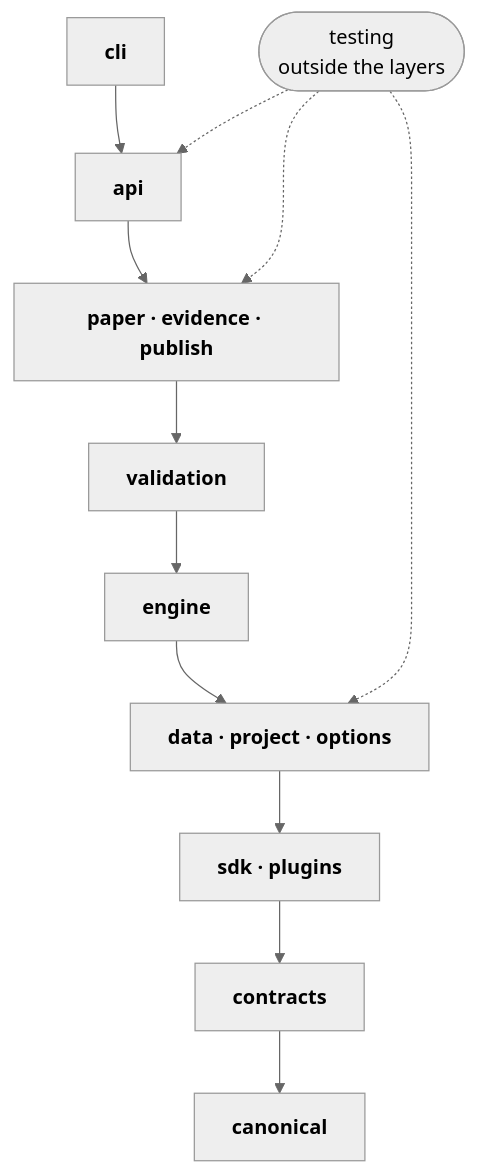
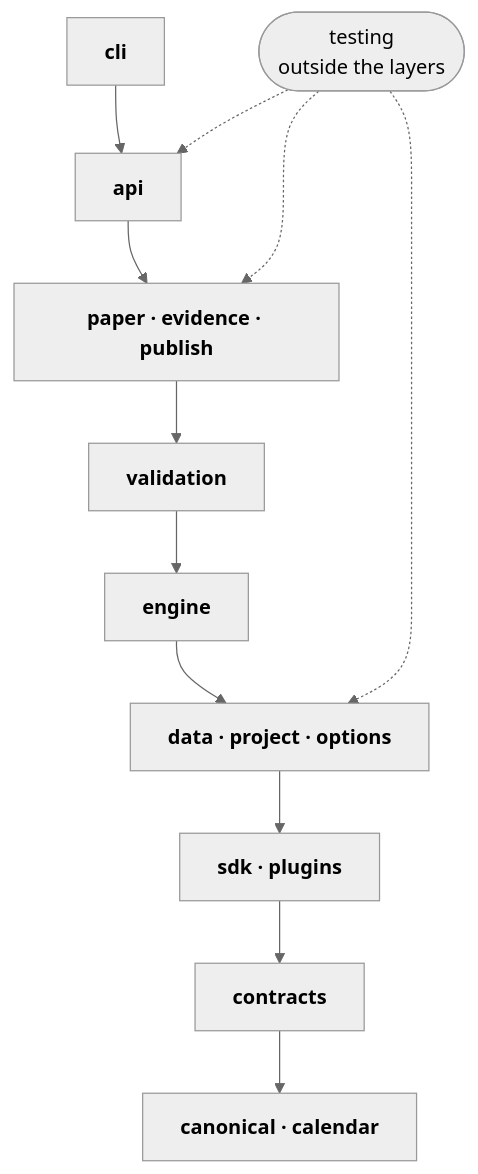
One commit to specsignal-labs/signalquarry changed the fifth of 6 diagrams in docs/design/ARCHITECTURE.md. Above: the diagram before and after it, drawn with Mermaid (neutral theme). The commit also changed other lines of this file and 9 other files, not shown here.

````diff
--- a/docs/design/ARCHITECTURE.md
+++ b/docs/design/ARCHITECTURE.md
@@ -385,24 +385,24 @@
 ```mermaid
 flowchart TB
   L0["<b>cli</b>"]
   L1["<b>api</b>"]
   L0 --> L1
   L2["<b>paper · evidence · publish</b>"]
   L1 --> L2
   L3["<b>validation</b>"]
   L2 --> L3
   L4["<b>engine</b>"]
   L3 --> L4
   L5["<b>data · project · options</b>"]
   L4 --> L5
   L6["<b>sdk · plugins</b>"]
   L5 --> L6
   L7["<b>contracts</b>"]
   L6 --> L7
-  L8["<b>canonical</b>"]
+  L8["<b>canonical · calendar</b>"]
   L7 --> L8
   testing(["testing<br/>outside the layers"])
   testing -.-> L1
   testing -.-> L2
   testing -.-> L5
 ```
````
